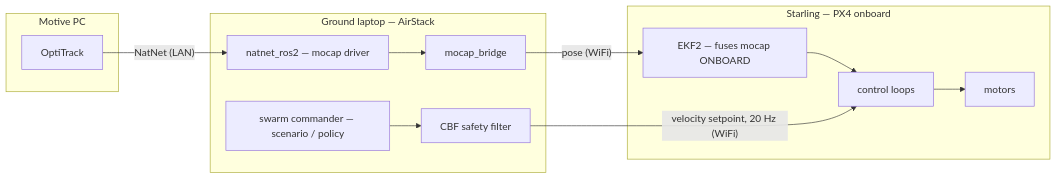
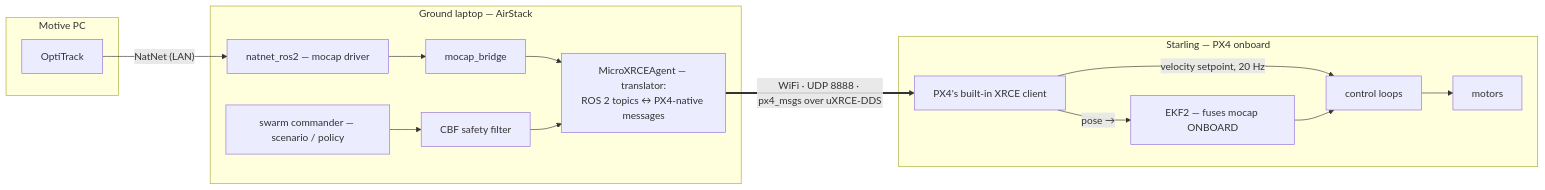
Before and after one commit to AI-DA-STC/AirStack-starling-max2: the first of 2 diagrams in README.md, drawn with Mermaid. The commit also changed other lines of this file, not shown here.

Commit message:
docs: show uXRCE-DDS transport (agent, client, px4_msgs) in system diagram

````diff
--- a/README.md
+++ b/README.md
@@ -84,16 +84,19 @@
 ```mermaid
 flowchart LR
   subgraph MOTIVE["Motive PC"]
     M["OptiTrack"]
   end
   subgraph LAPTOP["Ground laptop — AirStack"]
     N["natnet_ros2 — mocap driver"] --> B["mocap_bridge"]
     P["swarm commander — scenario / policy"] --> C["CBF safety filter"]
+    B --> X["MicroXRCEAgent — translator:<br/>ROS 2 topics ↔ PX4-native messages"]
+    C --> X
   end
   subgraph DRONE["Starling — PX4 onboard"]
-    E["EKF2 — fuses mocap ONBOARD"] --> L["control loops"] --> R["motors"]
+    K["PX4's built-in XRCE client"] -- "pose → " --> E["EKF2 — fuses mocap ONBOARD"]
+    K -- "velocity setpoint, 20 Hz" --> L["control loops"]
+    E --> L --> R["motors"]
   end
   M -- "NatNet (LAN)" --> N
-  B -- "pose (WiFi)" --> E
-  C -- "velocity setpoint, 20 Hz (WiFi)" --> L
+  X == "WiFi · UDP 8888 · px4_msgs over uXRCE-DDS" ==> K
 ```
````
